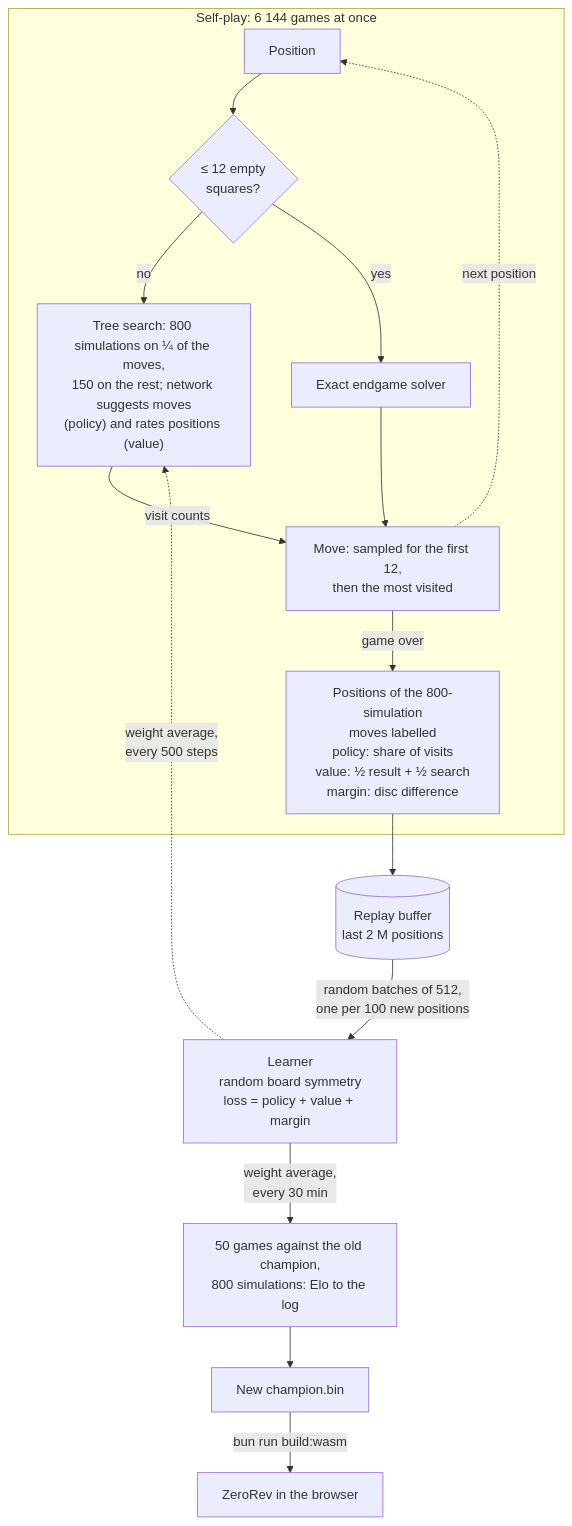
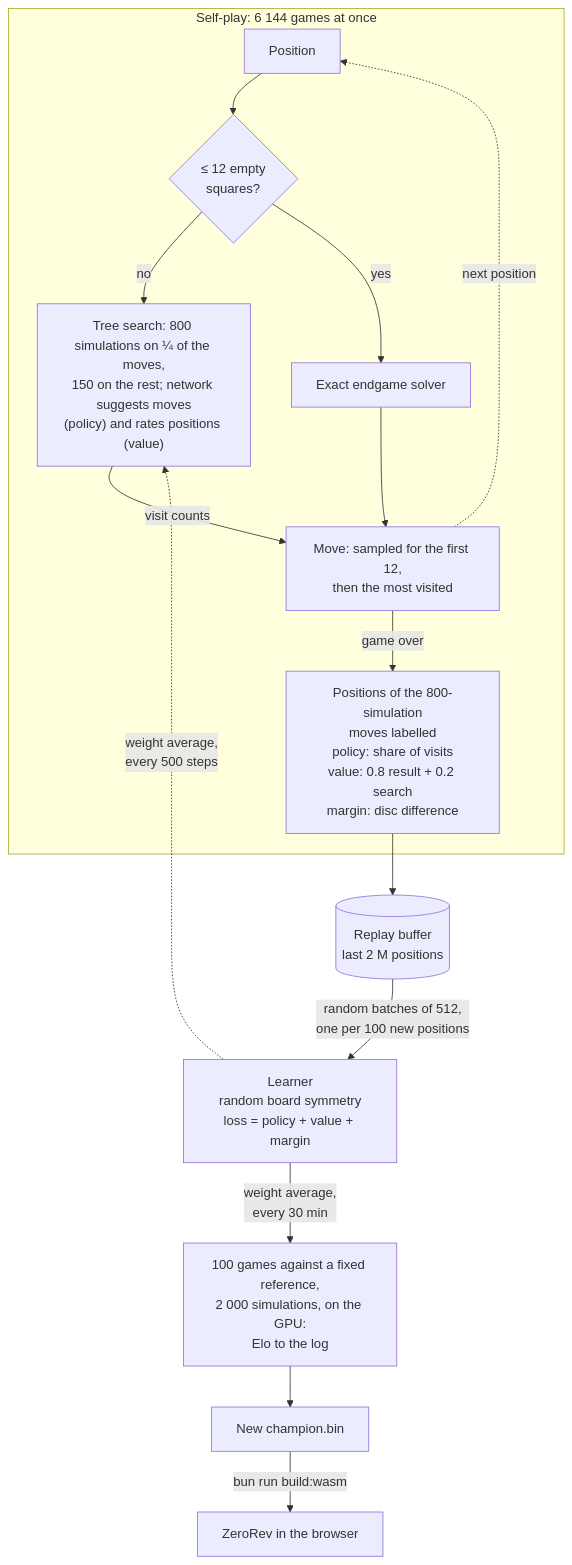
The first of 2 diagrams in README.md (awnion/reversi), drawn with Mermaid before and after one commit. The commit also changed other lines of this file and 4 other files, not shown here.

Commit message:
train: value target 0.8 result + 0.2 search value; reference match 100 games at 2000 simulations

````diff
--- a/README.md
+++ b/README.md
@@ -27,18 +27,18 @@
 ```mermaid
 flowchart TD
     subgraph SP["Self-play: 6 144 games at once"]
         P["Position"] --> E{"≤ 12 empty<br/>squares?"}
         E -->|no| S["Tree search: 800 simulations on ¼ of the moves,<br/>150 on the rest; network suggests moves<br/>(policy) and rates positions (value)"]
         E -->|yes| X["Exact endgame solver"]
         S -->|"visit counts"| MV["Move: sampled for the first 12,<br/>then the most visited"]
         X --> MV
-        MV -->|"game over"| T["Positions of the 800-simulation<br/>moves labelled<br/>policy: share of visits<br/>value: ½ result + ½ search<br/>margin: disc difference"]
+        MV -->|"game over"| T["Positions of the 800-simulation<br/>moves labelled<br/>policy: share of visits<br/>value: 0.8 result + 0.2 search<br/>margin: disc difference"]
         MV -.->|"next position"| P
     end
     T --> R[("Replay buffer<br/>last 2 M positions")]
     R -->|"random batches of 512,<br/>one per 100 new positions"| L["Learner<br/>random board symmetry<br/>loss = policy + value + margin"]
     L -.->|"weight average,<br/>every 500 steps"| S
-    L -->|"weight average,<br/>every 30 min"| M["50 games against the old champion,<br/>800 simulations: Elo to the log"]
+    L -->|"weight average,<br/>every 30 min"| M["100 games against a fixed reference,<br/>2 000 simulations, on the GPU:<br/>Elo to the log"]
     M --> C["New champion.bin"]
     C -->|"bun run build:wasm"| B["ZeroRev in the browser"]
 ```
````
